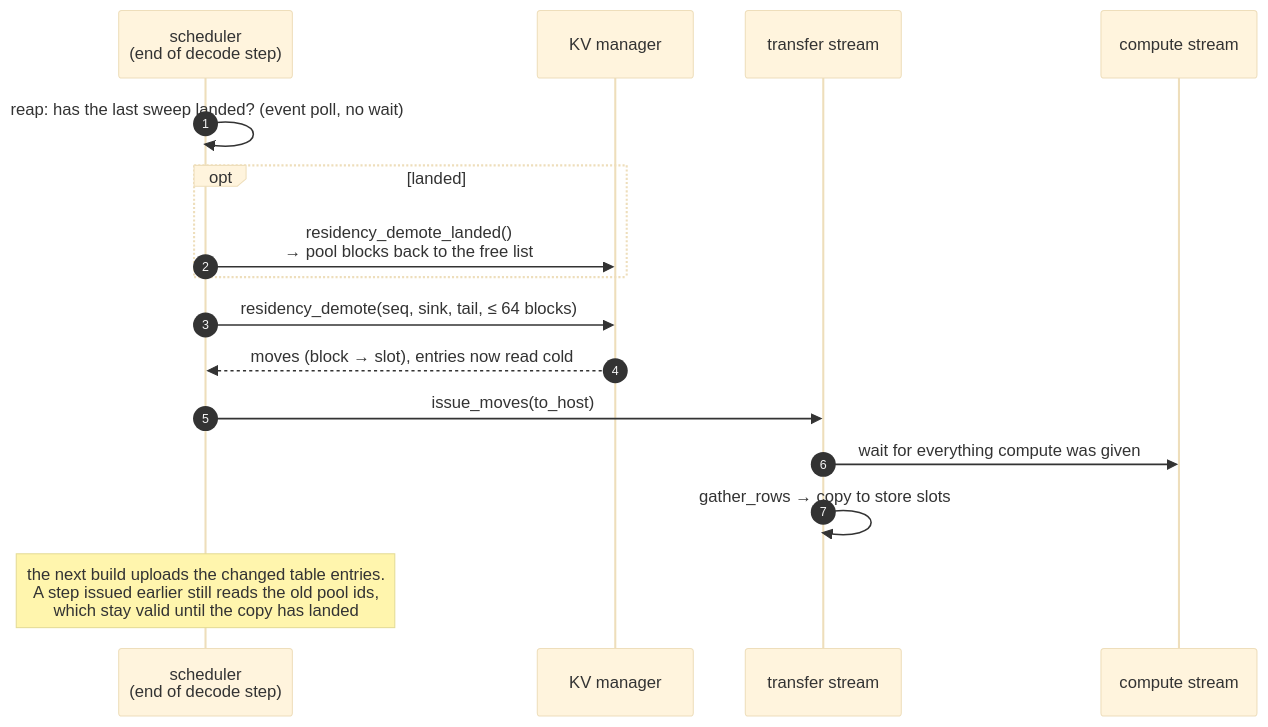
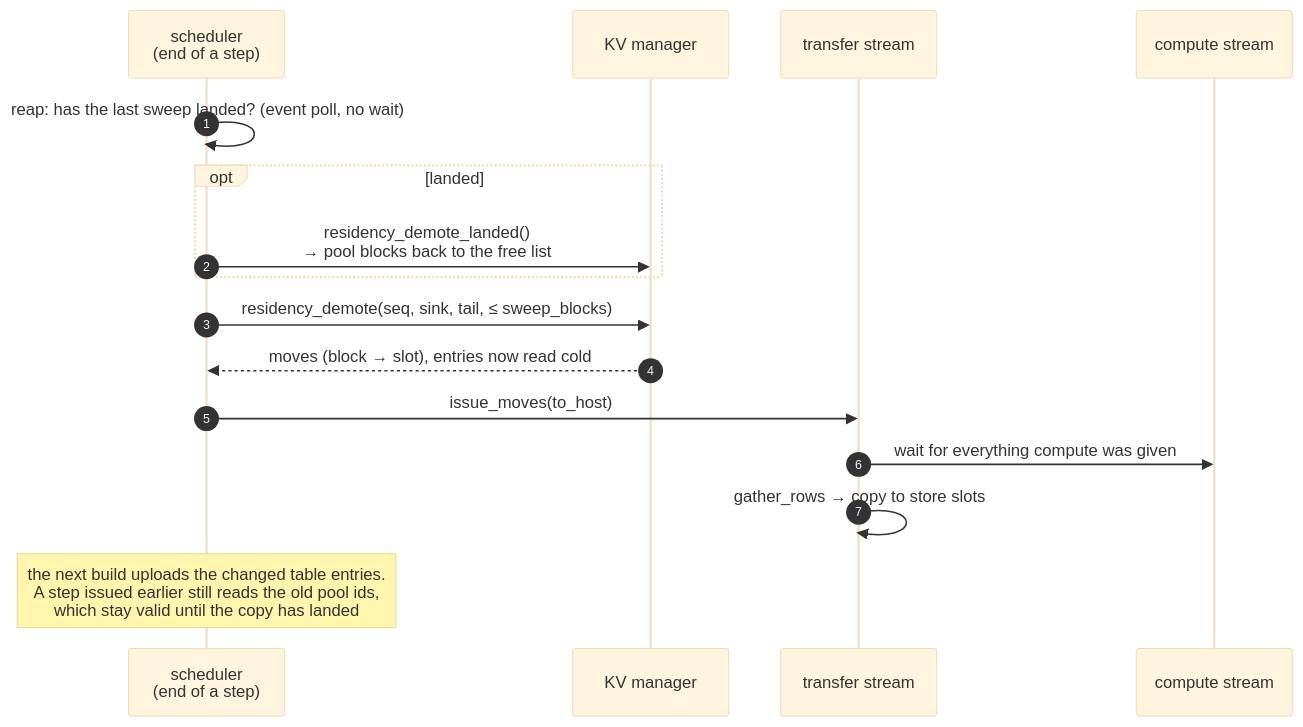
The third of 6 diagrams in README.md (Code000-211/RadianceMemory), drawn with Mermaid (base theme) before and after one commit. The commit also changed other lines of this file and 11 other files, not shown here.

````diff
--- a/README.md
+++ b/README.md
@@ -186,19 +204,19 @@
 ```mermaid
 sequenceDiagram
     autonumber
-    participant SCH as scheduler<br/>(end of decode step)
+    participant SCH as scheduler<br/>(end of a step)
     participant KV as KV manager
     participant TX as transfer stream
     participant CS as compute stream
 
     SCH->>SCH: reap: has the last sweep landed? (event poll, no wait)
     opt landed
         SCH->>KV: residency_demote_landed()<br/>→ pool blocks back to the free list
     end
-    SCH->>KV: residency_demote(seq, sink, tail, ≤ 64 blocks)
+    SCH->>KV: residency_demote(seq, sink, tail, ≤ sweep_blocks)
     KV-->>SCH: moves (block → slot), entries now read cold
     SCH->>TX: issue_moves(to_host)
     TX->>CS: wait for everything compute was given
     TX->>TX: gather_rows → copy to store slots
     Note over SCH: the next build uploads the changed table entries.<br/>A step issued earlier still reads the old pool ids,<br/>which stay valid until the copy has landed
 ```
````
